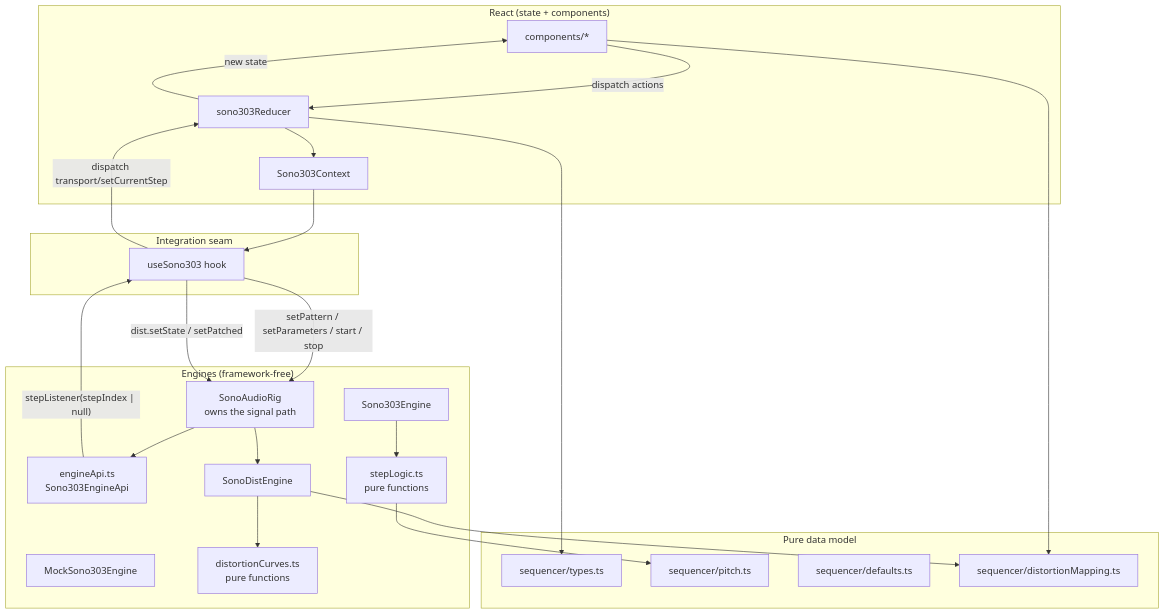
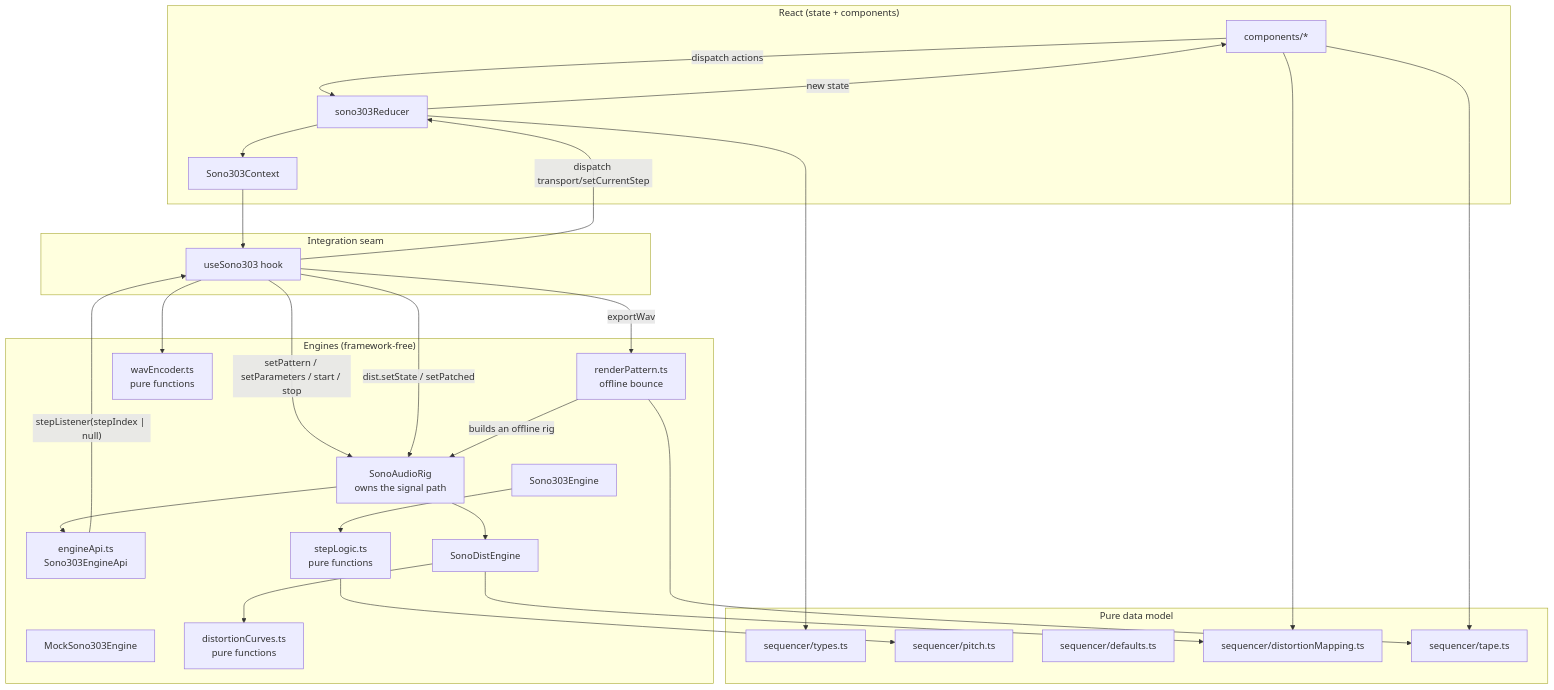
The first of 3 diagrams in docs/ARCHITECTURE.md (noah-blanchard/sono-303), drawn with Mermaid before and after one commit. The commit also changed other lines of this file and 21 other files, not shown here.

First line of the commit message:
feat: implement SONO-TAPE WAV recorder with export functionality

````diff
--- a/docs/ARCHITECTURE.md
+++ b/docs/ARCHITECTURE.md
@@ -93,40 +93,48 @@
 ```mermaid
 flowchart TD
     subgraph UI["React (state + components)"]
         C[components/*] -- dispatch actions --> R[sono303Reducer]
         R -- new state --> C
         R --> CTX[Sono303Context]
     end
     subgraph SEAM["Integration seam"]
         H[useSono303 hook]
     end
     subgraph ENGINE["Engines (framework-free)"]
         RIG[SonoAudioRig<br/>owns the signal path]
         API[engineApi.ts<br/>Sono303EngineApi]
         MOCK[MockSono303Engine]
         REAL[Sono303Engine]
         LOGIC[stepLogic.ts<br/>pure functions]
         DIST[SonoDistEngine]
         CURVES[distortionCurves.ts<br/>pure functions]
+        RENDER[renderPattern.ts<br/>offline bounce]
+        WAV[wavEncoder.ts<br/>pure functions]
     end
     subgraph SEQ["Pure data model"]
         T[sequencer/types.ts]
         P[sequencer/pitch.ts]
         D[sequencer/defaults.ts]
         M[sequencer/distortionMapping.ts]
+        TAPE[sequencer/tape.ts]
     end;
 
     CTX --> H
     H -- setPattern / setParameters / start / stop --> RIG
     H -- dist.setState / setPatched --> RIG
     RIG --> API
     RIG --> DIST
     API -- stepListener(stepIndex | null) --> H
     REAL --> LOGIC
     DIST --> CURVES
     DIST --> M
     C --> M
     H -- dispatch transport/setCurrentStep --> R
+    H -- exportWav --> RENDER
+    RENDER -- builds an offline rig --> RIG
+    RENDER --> TAPE
+    H --> WAV
+    C --> TAPE
     R --> T
     LOGIC --> P
 ```
````
